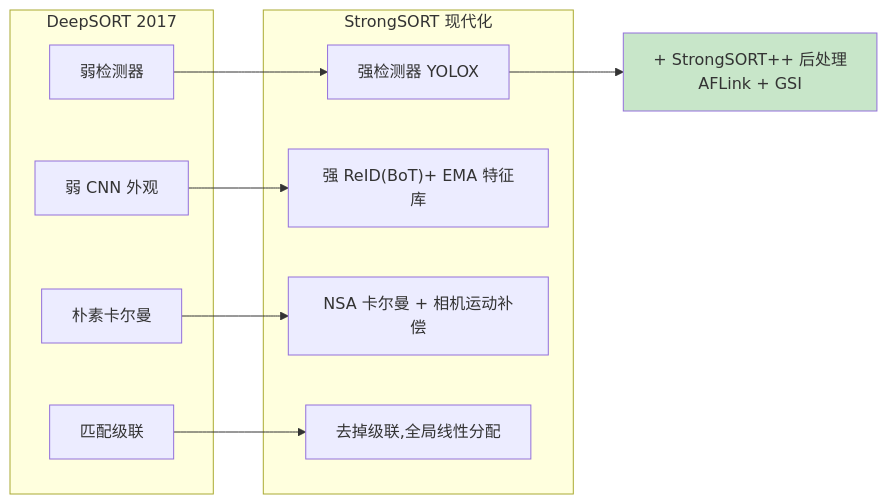
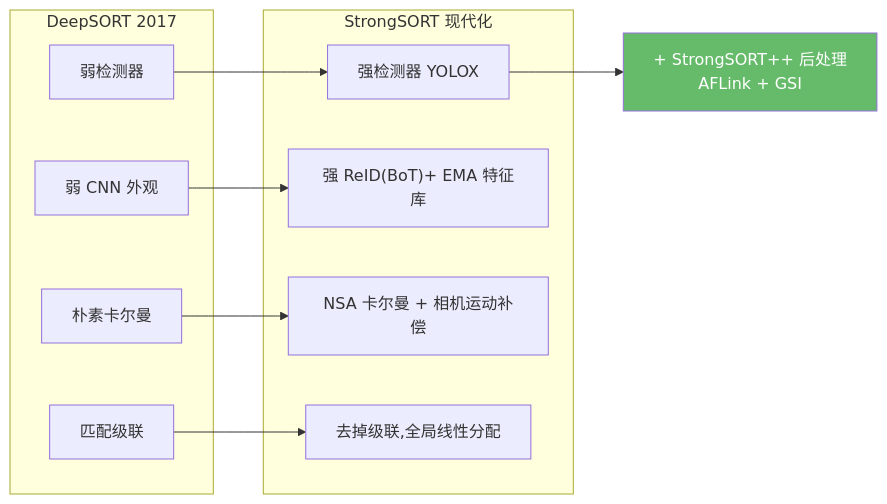
The first of 4 diagrams in docs/guides/tracking/strongsort.md (yyq19990828/onnxtools), drawn with Mermaid before and after one commit. The commit also changed other lines of this file and 12 other files, not shown here.

First line of the commit message:
fix(docs): 修复 mermaid 暗色模式配色 + 语法报错 + 数学公式渲染

````diff
--- a/docs/guides/tracking/strongsort.md
+++ b/docs/guides/tracking/strongsort.md
@@ -11,21 +11,21 @@
 ```mermaid
 graph LR
     subgraph DeepSORT 2017
         D1["弱检测器"]
         D2["弱 CNN 外观"]
         D3["朴素卡尔曼"]
         D4["匹配级联"]
     end
     subgraph StrongSORT 现代化
         S1["强检测器 YOLOX"]
         S2["强 ReID(BoT)+ EMA 特征库"]
         S3["NSA 卡尔曼 + 相机运动补偿"]
         S4["去掉级联,全局线性分配"]
     end
     D1 --> S1
     D2 --> S2
     D3 --> S3
     D4 --> S4
     S1 --> PLUS["+ StrongSORT++ 后处理<br/>AFLink + GSI"]
-    style PLUS fill:#c8e6c9
+    style PLUS fill:#66bb6a,color:#fff
 ```
````
